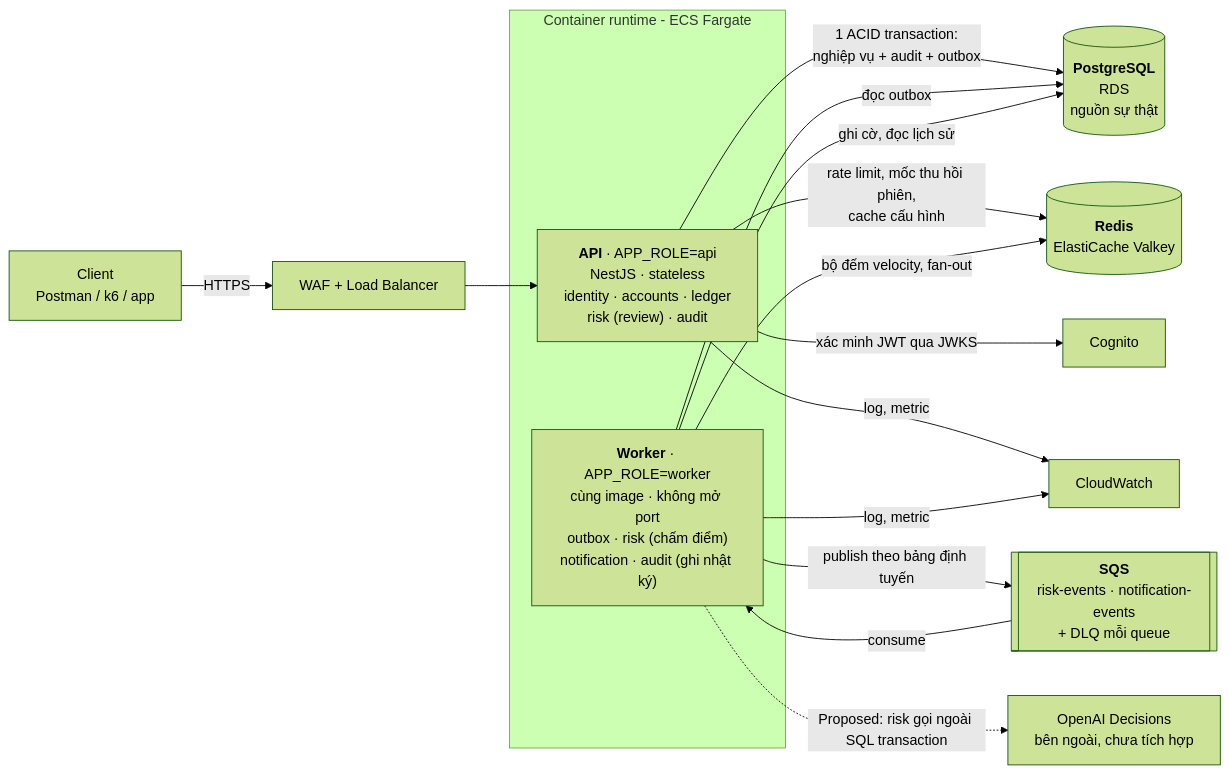
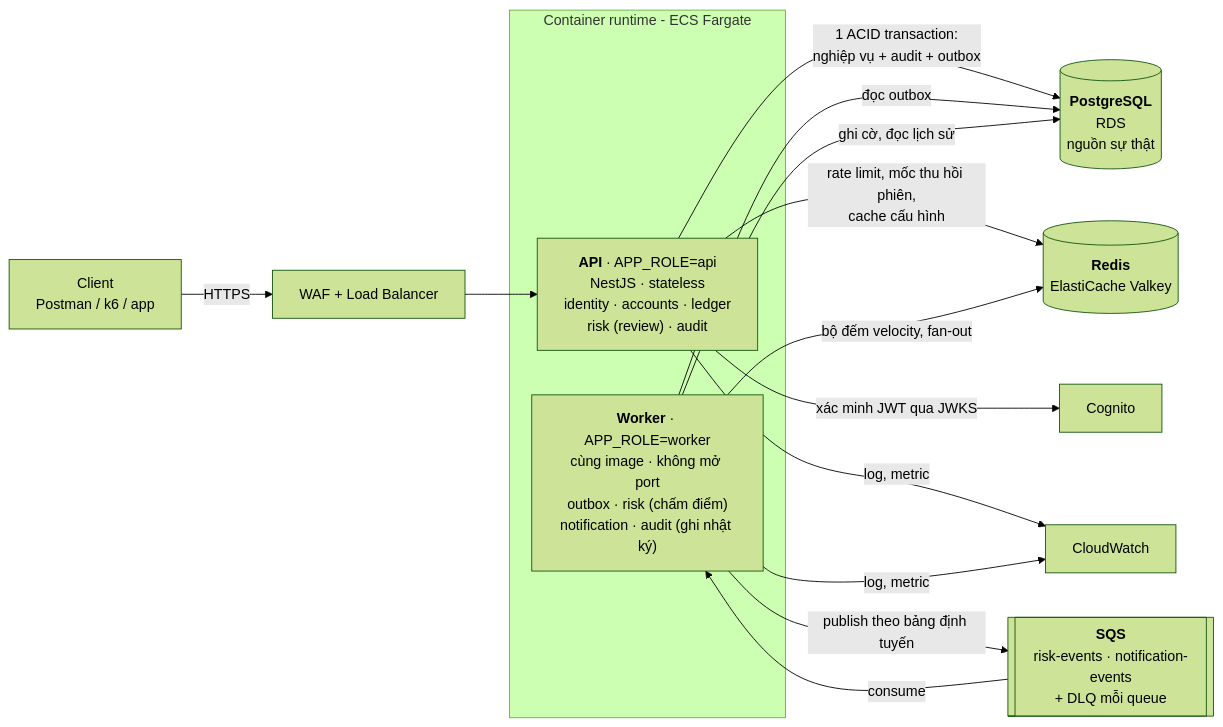
The second of 14 diagrams in docs/03_HIGH_LEVEL_ARCHITECTURE.md (Lawliet119/digital-banking-simulator), drawn with Mermaid (forest theme) before and after one commit. The commit also changed other lines of this file and 7 other files, not shown here.

````diff
--- a/docs/03_HIGH_LEVEL_ARCHITECTURE.md
+++ b/docs/03_HIGH_LEVEL_ARCHITECTURE.md
@@ -85,21 +83,20 @@
 ```mermaid
 flowchart LR
     C[Client<br/>Postman / k6 / app] -->|HTTPS| EDGE[WAF + Load Balancer]
     EDGE --> API
 
     subgraph RUN[Container runtime - ECS Fargate]
         API["<b>API</b> · APP_ROLE=api<br/>NestJS · stateless<br/>identity · accounts · ledger<br/>risk (review) · audit"]
         WRK["<b>Worker</b> · APP_ROLE=worker<br/>cùng image · không mở port<br/>outbox · risk (chấm điểm)<br/>notification · audit (ghi nhật ký)"]
     end
 
     API -->|1 ACID transaction:<br/>nghiệp vụ + audit + outbox| PG[("<b>PostgreSQL</b><br/>RDS<br/>nguồn sự thật")]
     API -->|rate limit, mốc thu hồi phiên,<br/>cache cấu hình| RD[("<b>Redis</b><br/>ElastiCache Valkey")]
     API -->|xác minh JWT qua JWKS| COG[Cognito]
     WRK -->|đọc outbox| PG
     WRK -->|publish theo bảng định tuyến| Q[["<b>SQS</b><br/>risk-events · notification-events<br/>+ DLQ mỗi queue"]]
     Q -->|consume| WRK
     WRK -->|bộ đếm velocity, fan-out| RD
     WRK -->|ghi cờ, đọc lịch sử| PG
-    WRK -.->|Proposed: risk gọi ngoài SQL transaction| AI["OpenAI Decisions<br/>bên ngoài, chưa tích hợp"]
     API & WRK -->|log, metric| CW[CloudWatch]
 ```
````
